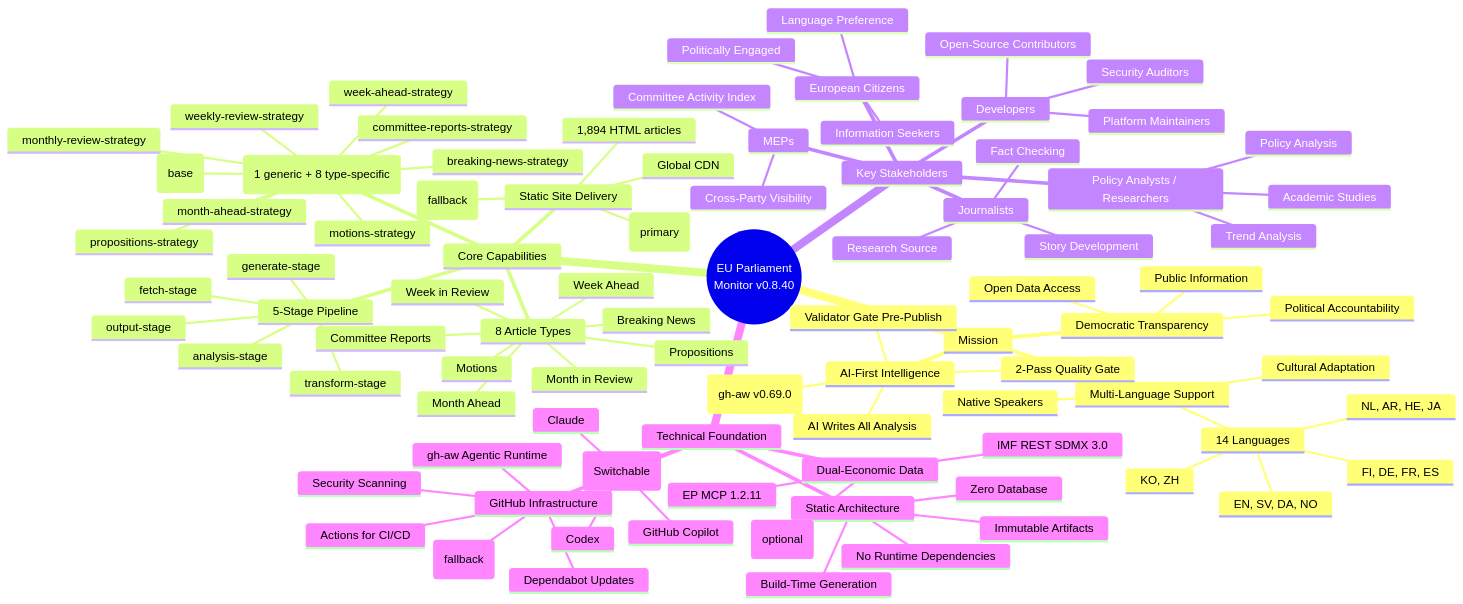
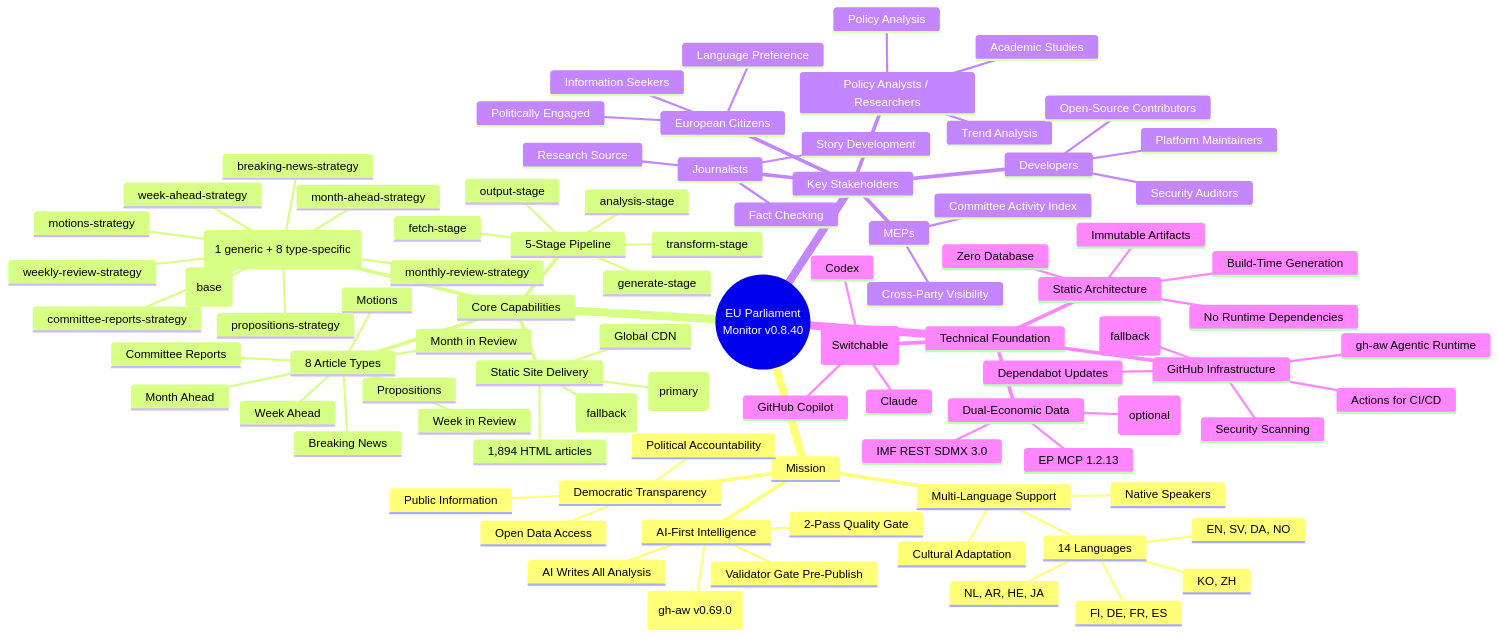
One commit to Hack23/euparliamentmonitor changed the first of 12 diagrams in MINDMAP.md. Above: the diagram before and after it, drawn with Mermaid. The commit also changed other lines of this file and 35 other files, not shown here.

```diff
--- a/MINDMAP.md
+++ b/MINDMAP.md
@@ -198,7 +198,7 @@
         Security Scanning
         Dependabot Updates
       Dual-Economic Data
-        EP MCP 1.2.11
+        EP MCP 1.2.13
         World Bank MCP 1.0.1 (optional)
         IMF REST SDMX 3.0
       AI Engines (Switchable)
```
